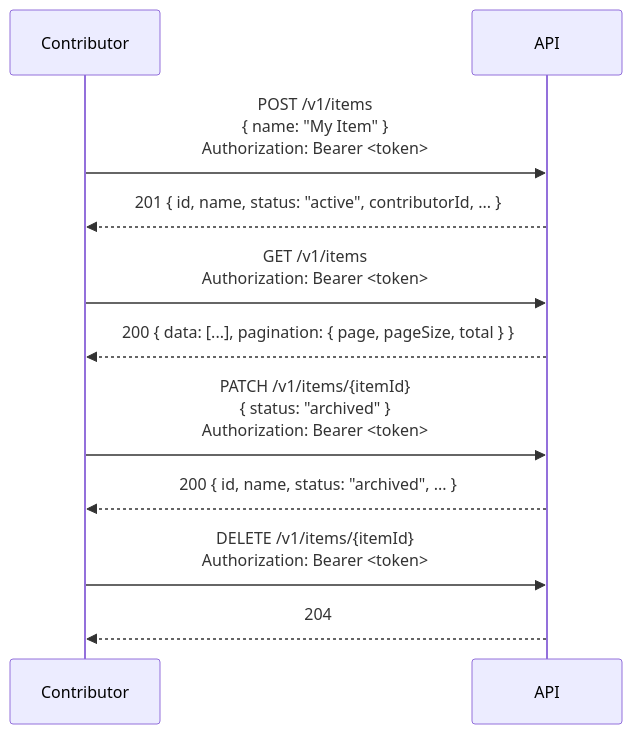
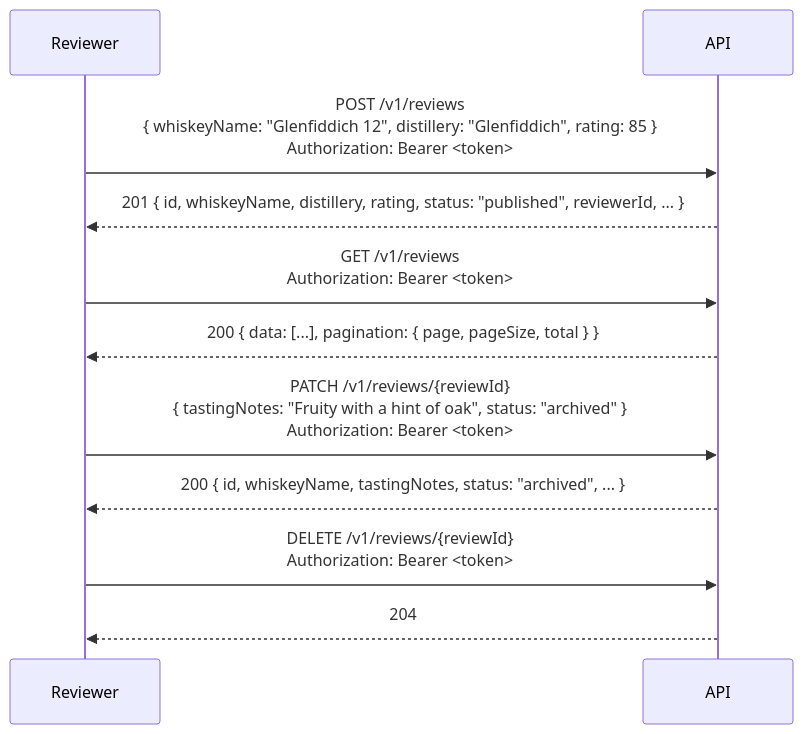
Before and after one commit to dataGriff/whiskey-reviews-api: the second of 4 diagrams in docs/specifications/sequence-diagrams.md, drawn with Mermaid. The commit also changed other lines of this file and 16 other files, not shown here.

First line of the commit message:
feat: create whiskey reviews API from template

````diff
--- a/docs/specifications/sequence-diagrams.md
+++ b/docs/specifications/sequence-diagrams.md
@@ -26,17 +23,17 @@
 ```mermaid
 sequenceDiagram
-    participant Contributor
+    participant Reviewer
     participant API
 
-    Contributor->>API: POST /v1/items<br/>{ name: "My Item" }<br/>Authorization: Bearer <token>
-    API-->>Contributor: 201 { id, name, status: "active", contributorId, ... }
+    Reviewer->>API: POST /v1/reviews<br/>{ whiskeyName: "Glenfiddich 12", distillery: "Glenfiddich", rating: 85 }<br/>Authorization: Bearer <token>
+    API-->>Reviewer: 201 { id, whiskeyName, distillery, rating, status: "published", reviewerId, ... }
 
-    Contributor->>API: GET /v1/items<br/>Authorization: Bearer <token>
-    API-->>Contributor: 200 { data: [...], pagination: { page, pageSize, total } }
+    Reviewer->>API: GET /v1/reviews<br/>Authorization: Bearer <token>
+    API-->>Reviewer: 200 { data: [...], pagination: { page, pageSize, total } }
 
-    Contributor->>API: PATCH /v1/items/{itemId}<br/>{ status: "archived" }<br/>Authorization: Bearer <token>
-    API-->>Contributor: 200 { id, name, status: "archived", ... }
+    Reviewer->>API: PATCH /v1/reviews/{reviewId}<br/>{ tastingNotes: "Fruity with a hint of oak", status: "archived" }<br/>Authorization: Bearer <token>
+    API-->>Reviewer: 200 { id, whiskeyName, tastingNotes, status: "archived", ... }
 
-    Contributor->>API: DELETE /v1/items/{itemId}<br/>Authorization: Bearer <token>
-    API-->>Contributor: 204
+    Reviewer->>API: DELETE /v1/reviews/{reviewId}<br/>Authorization: Bearer <token>
+    API-->>Reviewer: 204
 ```
````
